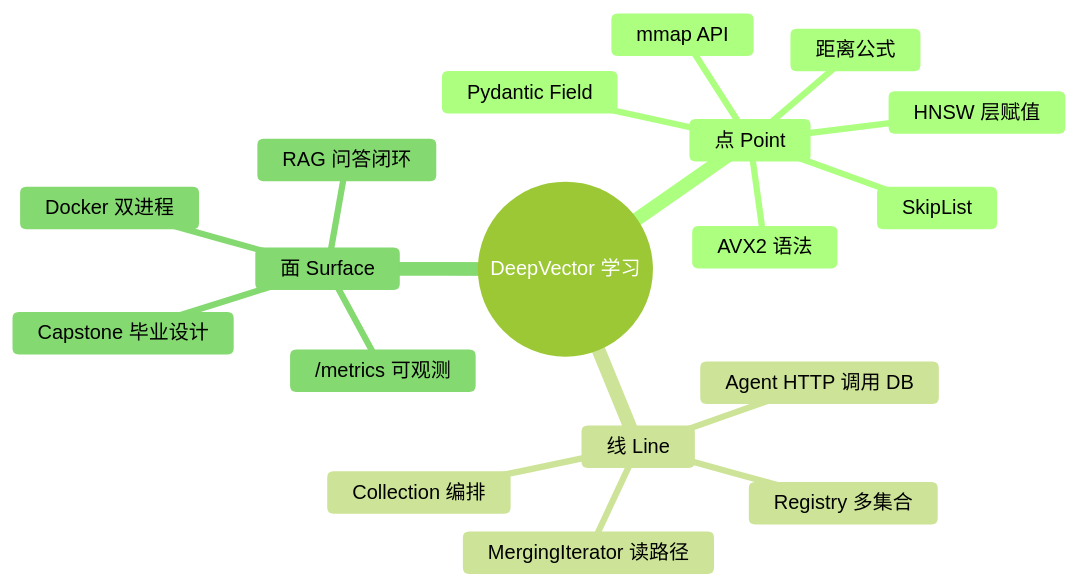
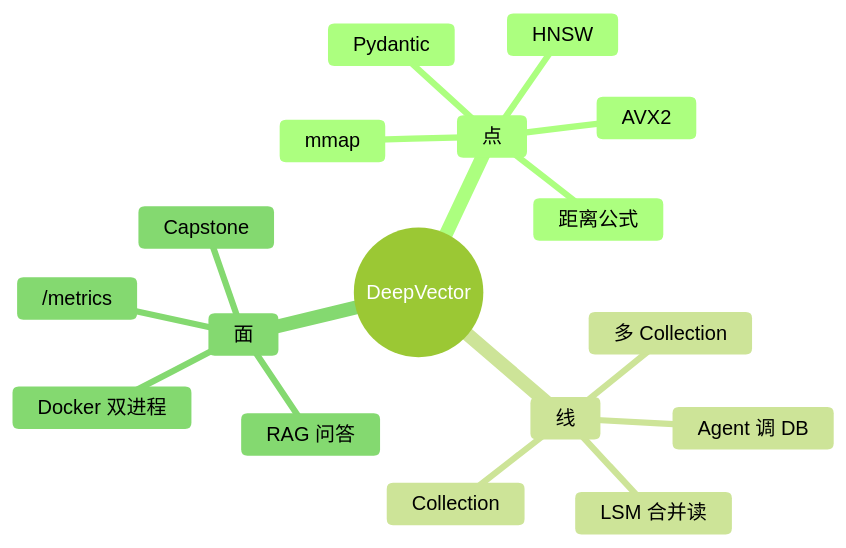
The diagram in deepvector/course/LEARNING_PATH.md (Thezx-a/LumenDB), drawn with Mermaid (forest theme) before and after one commit. The commit also changed other lines of this file and 9 other files, not shown here.

````diff
--- a/deepvector/course/LEARNING_PATH.md
+++ b/deepvector/course/LEARNING_PATH.md
@@ -11,21 +11,20 @@
 ```mermaid
 mindmap
-  root((DeepVector 学习))
-    点 Point
+  root((DeepVector))
+    点
       距离公式
-      AVX2 语法
-      mmap API
-      SkipList
-      HNSW 层赋值
-      Pydantic Field
-    线 Line
-      Collection 编排
-      Registry 多集合
-      Agent HTTP 调用 DB
-      MergingIterator 读路径
-    面 Surface
-      RAG 问答闭环
+      AVX2
+      mmap
+      HNSW
+      Pydantic
+    线
+      Collection
+      多 Collection
+      Agent 调 DB
+      LSM 合并读
+    面
+      RAG 问答
       Docker 双进程
-      /metrics 可观测
-      Capstone 毕业设计
+      /metrics
+      Capstone
 ```
````
